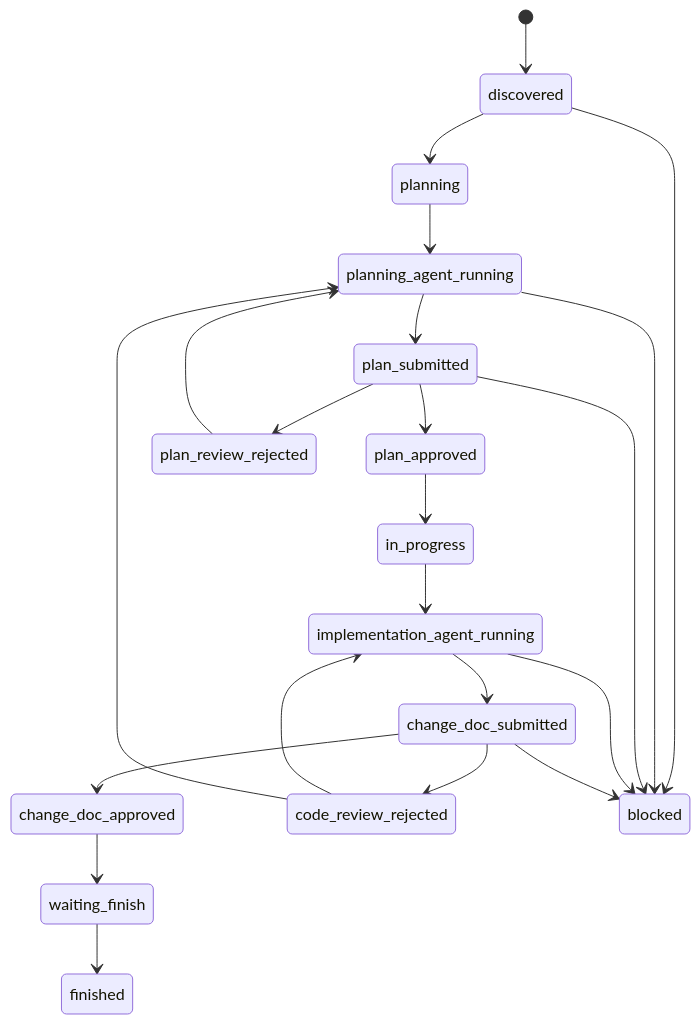
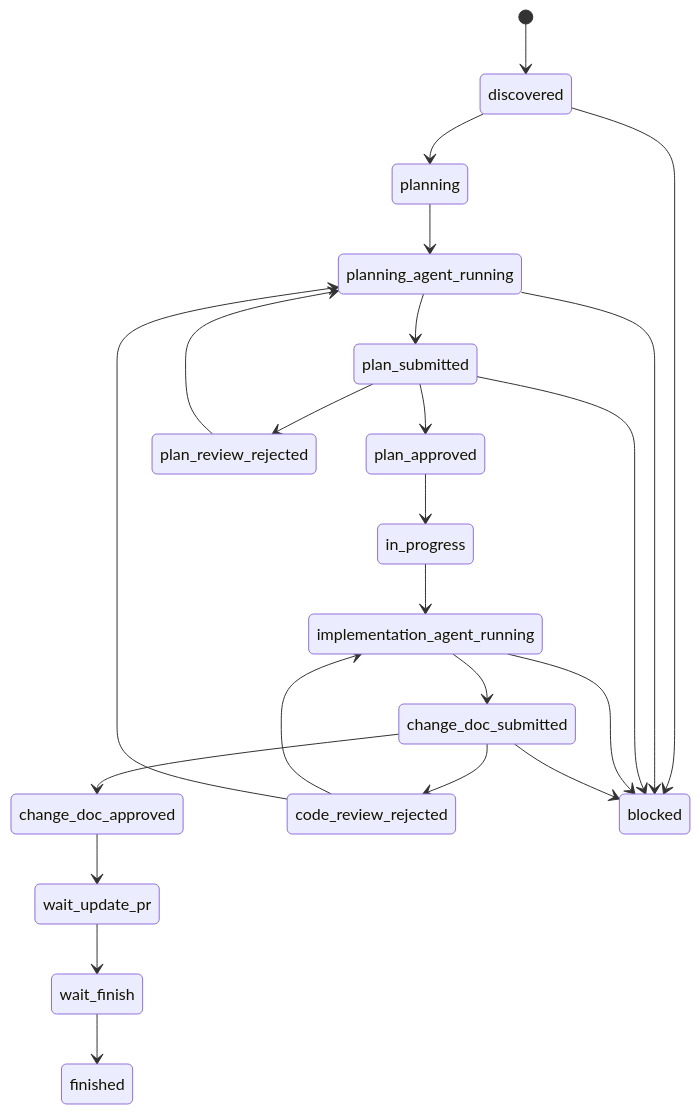
One commit to ZhmYe/Sandrone changed the second of 2 diagrams in README.md. Above: the diagram before and after it, drawn with Mermaid. The commit also changed other lines of this file and 57 other files, not shown here.

````diff
--- a/README.md
+++ b/README.md
@@ -157,24 +171,25 @@
 ```mermaid
 stateDiagram-v2
   [*] --> discovered
   discovered --> planning
   planning --> planning_agent_running
   planning_agent_running --> plan_submitted
   plan_submitted --> plan_approved
   plan_submitted --> plan_review_rejected
   plan_review_rejected --> planning_agent_running
   plan_approved --> in_progress
   in_progress --> implementation_agent_running
   implementation_agent_running --> change_doc_submitted
   change_doc_submitted --> change_doc_approved
   change_doc_submitted --> code_review_rejected
   code_review_rejected --> implementation_agent_running
   code_review_rejected --> planning_agent_running
-  change_doc_approved --> waiting_finish
-  waiting_finish --> finished
+  change_doc_approved --> wait_update_pr
+  wait_update_pr --> wait_finish
+  wait_finish --> finished
   discovered --> blocked
   planning_agent_running --> blocked
   plan_submitted --> blocked
   implementation_agent_running --> blocked
   change_doc_submitted --> blocked
 ```
````
